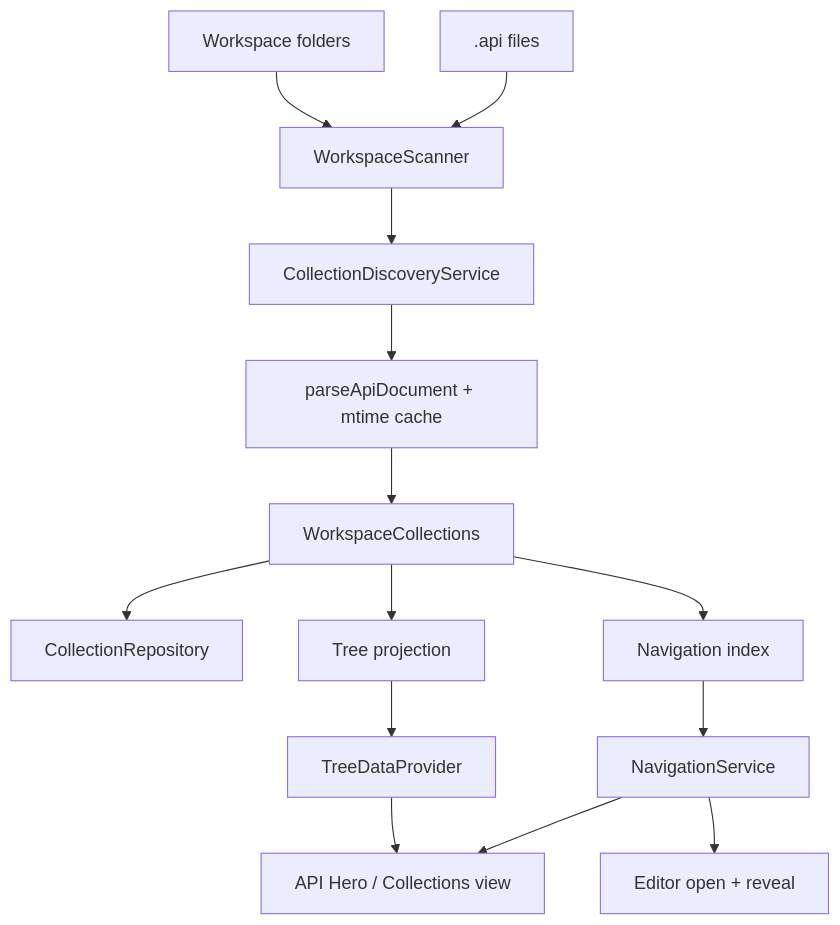
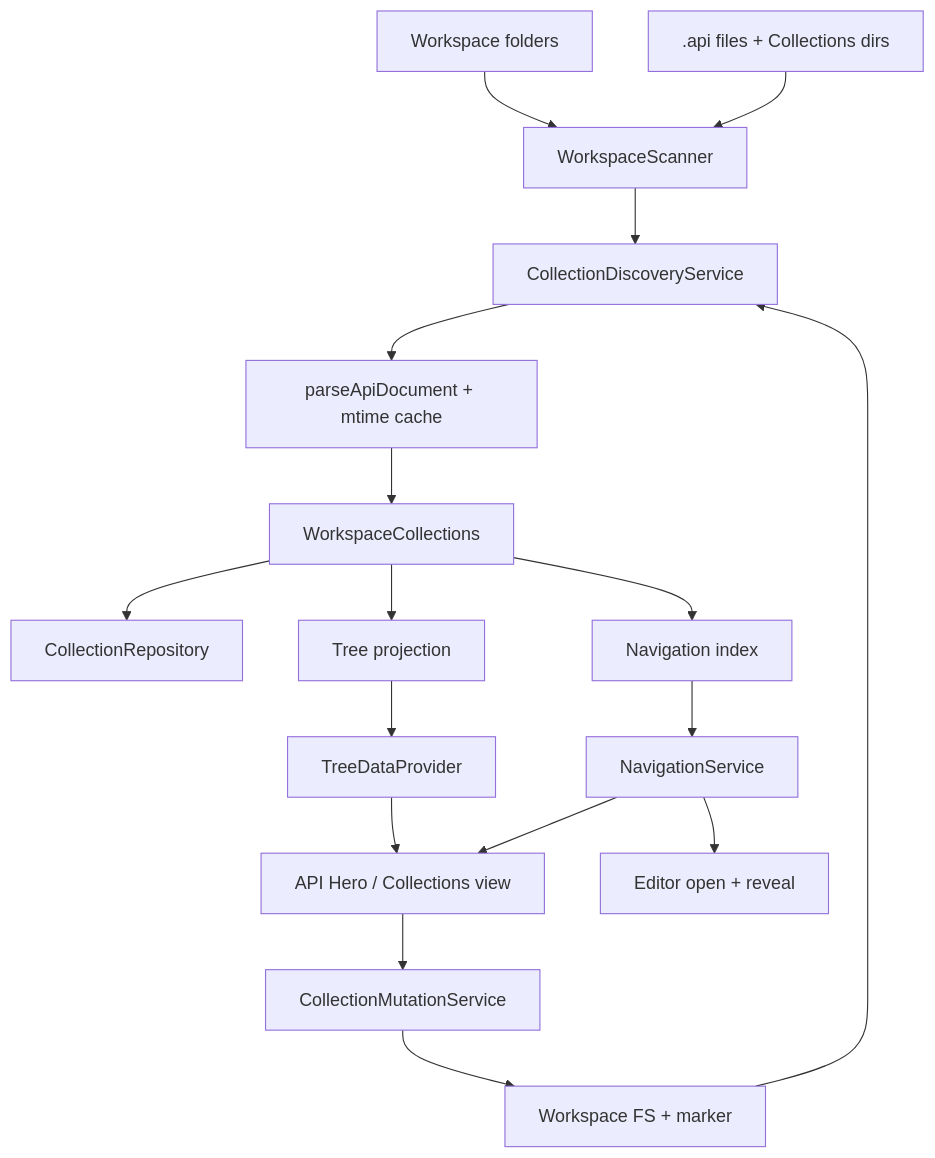
Before and after one commit to AnkitSemwal007/API-Hero: the diagram in docs/architecture/collections.md, drawn with Mermaid. The commit also changed other lines of this file and 92 other files, not shown here.

````diff
--- a/docs/architecture/collections.md
+++ b/docs/architecture/collections.md
@@ -49,16 +78,19 @@
 ```mermaid
 flowchart TB
   WS[Workspace folders] --> SC[WorkspaceScanner]
   SC --> DIS[CollectionDiscoveryService]
-  FS[.api files] --> SC
+  FS[.api files + Collections dirs] --> SC
   DIS --> PARSE[parseApiDocument + mtime cache]
   PARSE --> AGG[WorkspaceCollections]
   AGG --> REPO[CollectionRepository]
   AGG --> TREE[Tree projection]
   AGG --> NAV[Navigation index]
   TREE --> TP[TreeDataProvider]
   NAV --> NS[NavigationService]
-  TP --> UI[API Hero / Collections view]
+  UI[API Hero / Collections view] --> MUT[CollectionMutationService]
+  MUT --> WFS[Workspace FS + marker]
+  WFS --> DIS
+  TP --> UI
   NS --> UI
   NS --> ED[Editor open + reveal]
 ```
````
